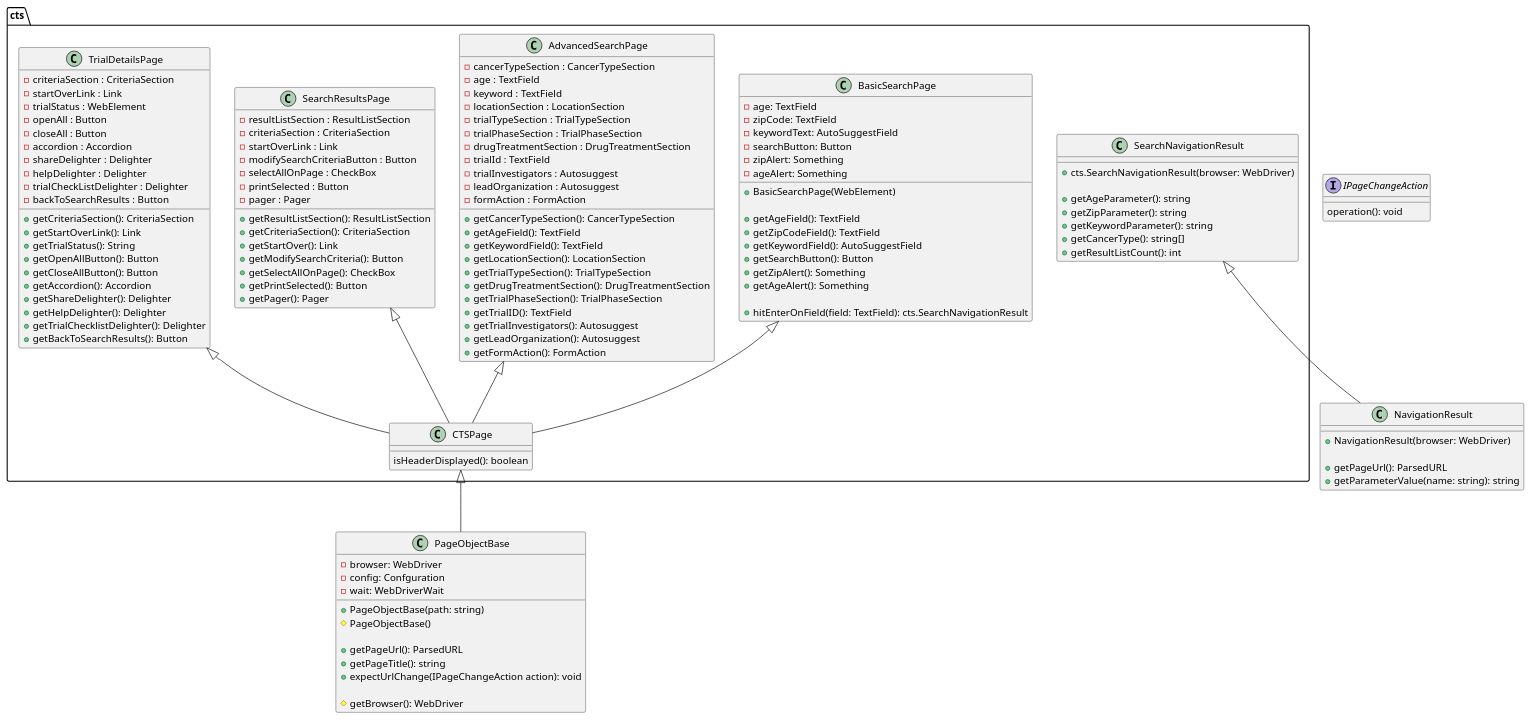
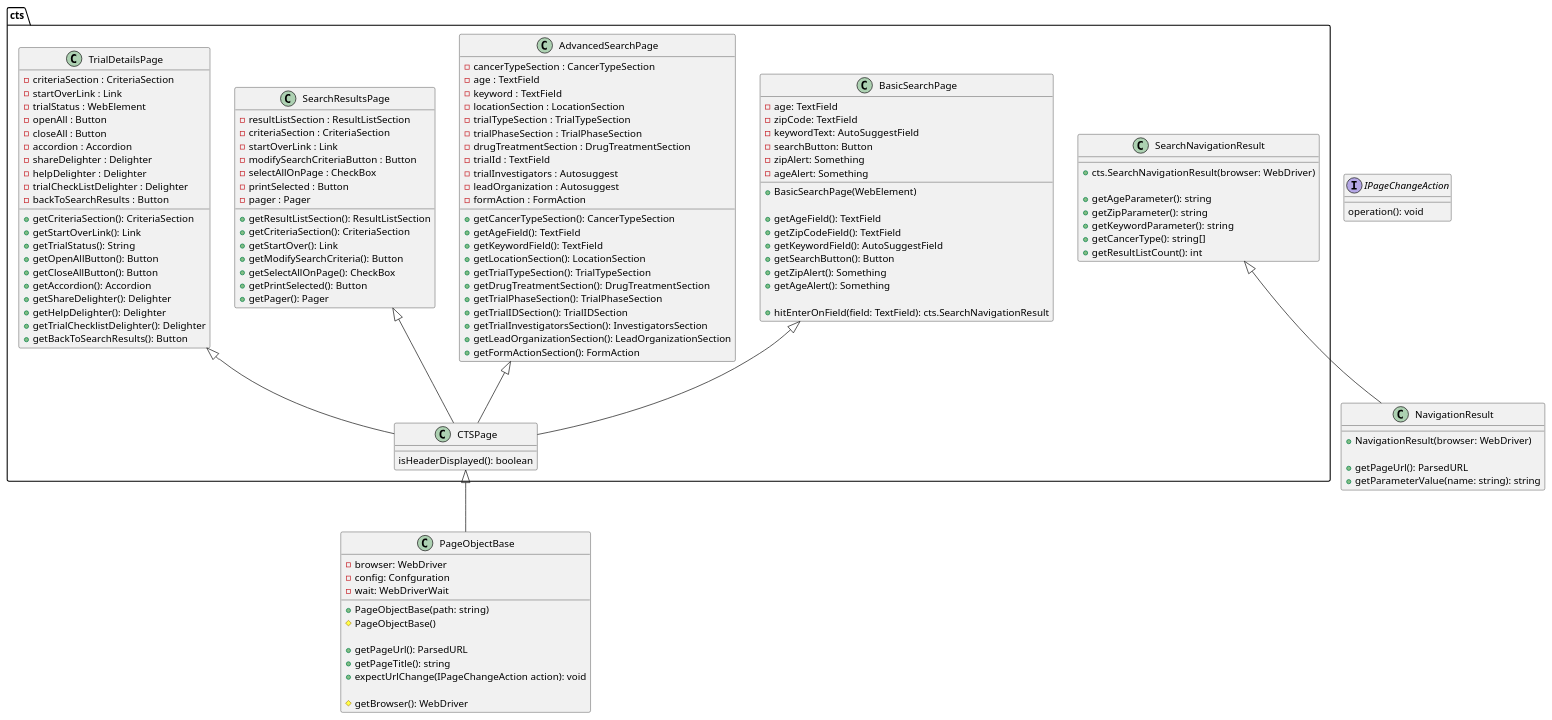
Before and after one commit to kate-mashkina/automation-design-diagrams: the diagram in diagrams/src/class/cts/pages.wsd, drawn with PlantUML. The commit also changed 2 other files, not shown here.

Commit message:
Break out advanced-search top level sections. Add missing sections. Add high-level descriptions Treat all advanced search visual sections as section objects, no field accesors.

```diff
--- a/diagrams/src/class/cts/pages.wsd
+++ b/diagrams/src/class/cts/pages.wsd
@@ -1,149 +1,149 @@
 @startuml
 
 class PageObjectBase {
 
     -browser: WebDriver
     -config: Confguration
     -wait: WebDriverWait
 
     +PageObjectBase(path: string)
     #PageObjectBase()
 
     +getPageUrl(): ParsedURL
     +getPageTitle(): string
     +expectUrlChange(IPageChangeAction action): void
 
     #getBrowser(): WebDriver
 }
 
 '' This is actually a public, nested class inside PageObjectBase
 interface IPageChangeAction {
     operation(): void
 }
 
 package cts {
 
     '' General cts page functionality (Mainly "is the react app running?")
     class CTSPage {
         isHeaderDisplayed(): boolean
     }
     CTSPage <|-- PageObjectBase
 
     class cts.BasicSearchPage {
         -age: TextField
         -zipCode: TextField
         -keywordText: AutoSuggestField
         -searchButton: Button
         -zipAlert: Something
         -ageAlert: Something
 
         +BasicSearchPage(WebElement)
 
         +getAgeField(): TextField
         +getZipCodeField(): TextField
         +getKeywordField(): AutoSuggestField
         +getSearchButton(): Button
         +getZipAlert(): Something
         +getAgeAlert(): Something
 
         +hitEnterOnField(field: TextField): cts.SearchNavigationResult
     }
     cts.BasicSearchPage <|-- CTSPage
 
     class cts.AdvancedSearchPage {
         - cancerTypeSection : CancerTypeSection
         - age : TextField
         - keyword : TextField
         - locationSection : LocationSection
         - trialTypeSection : TrialTypeSection
         - trialPhaseSection : TrialPhaseSection
         - drugTreatmentSection : DrugTreatmentSection
         - trialId : TextField
         - trialInvestigators : Autosuggest
         - leadOrganization : Autosuggest
         - formAction : FormAction
 
         +getCancerTypeSection(): CancerTypeSection
         +getAgeField(): TextField
         +getKeywordField(): TextField
         +getLocationSection(): LocationSection
         +getTrialTypeSection(): TrialTypeSection
         +getDrugTreatmentSection(): DrugTreatmentSection
         +getTrialPhaseSection(): TrialPhaseSection
-        +getTrialID(): TextField
-        +getTrialInvestigators(): Autosuggest
-        +getLeadOrganization(): Autosuggest
-        +getFormAction(): FormAction
+        +getTrialIDSection(): TrialIDSection
+        +getTrialInvestigatorsSection(): InvestigatorsSection
+        +getLeadOrganizationSection(): LeadOrganizationSection
+        +getFormActionSection(): FormAction
 
     }
     cts.AdvancedSearchPage <|-- CTSPage
 
     class cts.SearchResultsPage {
         -resultListSection : ResultListSection
         -criteriaSection : CriteriaSection
         -startOverLink : Link
         -modifySearchCriteriaButton : Button
         -selectAllOnPage : CheckBox
         -printSelected : Button
         -pager : Pager
 
         +getResultListSection(): ResultListSection
         +getCriteriaSection(): CriteriaSection
         +getStartOver(): Link
         +getModifySearchCriteria(): Button
         +getSelectAllOnPage(): CheckBox
         +getPrintSelected(): Button
         +getPager(): Pager
 
 
     }
     cts.SearchResultsPage <|-- CTSPage
 
     class cts.TrialDetailsPage {
         -criteriaSection : CriteriaSection
         -startOverLink : Link
         -trialStatus : WebElement
         -openAll : Button
         -closeAll : Button
         -accordion : Accordion
         -shareDelighter : Delighter
         -helpDelighter : Delighter
         -trialCheckListDelighter : Delighter
         -backToSearchResults : Button
 
-       +getCriteriaSection(): CriteriaSection
-       +getStartOverLink(): Link
-       +getTrialStatus(): String
-       +getOpenAllButton(): Button
-       +getCloseAllButton(): Button
-       +getAccordion(): Accordion
-       +getShareDelighter(): Delighter
-       +getHelpDelighter(): Delighter
-       +getTrialChecklistDelighter(): Delighter
-       +getBackToSearchResults(): Button
+        +getCriteriaSection(): CriteriaSection
+        +getStartOverLink(): Link
+        +getTrialStatus(): String
+        +getOpenAllButton(): Button
+        +getCloseAllButton(): Button
+        +getAccordion(): Accordion
+        +getShareDelighter(): Delighter
+        +getHelpDelighter(): Delighter
+        +getTrialChecklistDelighter(): Delighter
+        +getBackToSearchResults(): Button
 
     }
     cts.TrialDetailsPage <|-- CTSPage
 
     class cts.SearchNavigationResult {
         +cts.SearchNavigationResult(browser: WebDriver)
 
         +getAgeParameter(): string
         +getZipParameter(): string
         +getKeywordParameter(): string
         +getCancerType(): string[]
         +getResultListCount(): int
     }
 
 }
 
 cts.SearchNavigationResult <|-- NavigationResult
 
 class NavigationResult {
     +NavigationResult(browser: WebDriver)
 
     +getPageUrl(): ParsedURL
     +getParameterValue(name: string): string
 }
 
 @enduml
```
